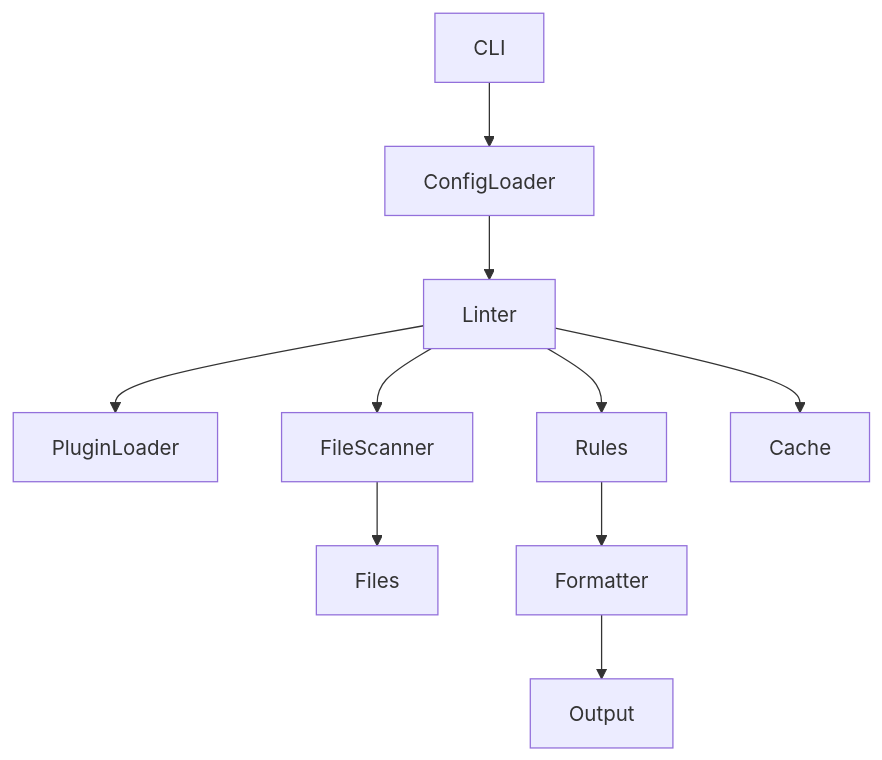
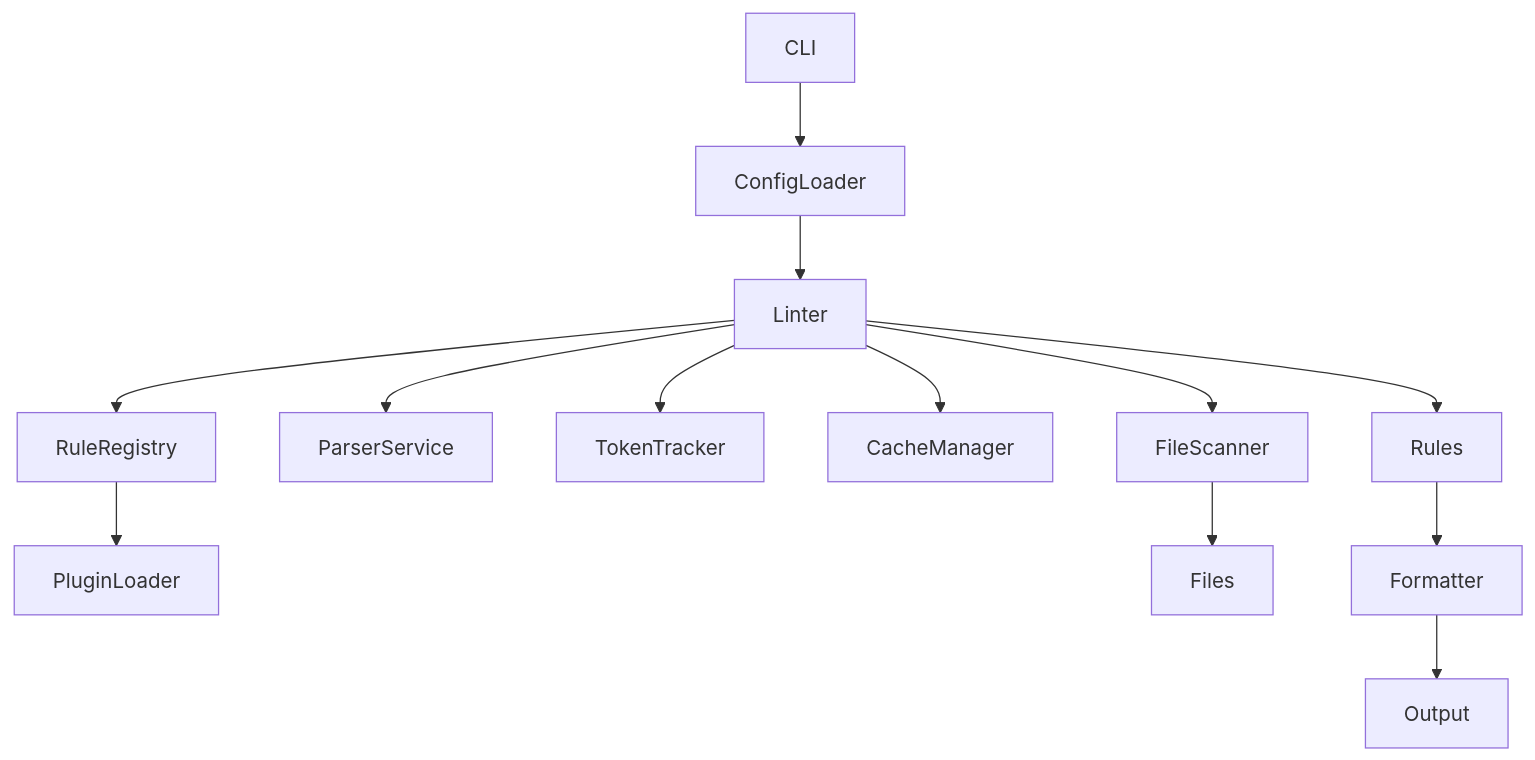
The diagram in docs/architecture.md (bylapidist/design-lint), drawn with Mermaid before and after one commit. The commit also changed other lines of this file and 12 other files, not shown here.

Commit message:
refactor(core): modularize linter architecture (#106)

````diff
--- a/docs/architecture.md
+++ b/docs/architecture.md
@@ -5,12 +5,15 @@
 ```mermaid
 flowchart TD
   CLI[CLI] --> ConfigLoader
   ConfigLoader --> Linter
-  Linter --> PluginLoader
+  Linter --> RuleRegistry
+  Linter --> ParserService
+  Linter --> TokenTracker
+  Linter --> CacheManager
+  RuleRegistry --> PluginLoader
   Linter --> FileScanner
   FileScanner --> Files
   Linter --> Rules
   Rules --> Formatter
-  Linter --> Cache
   Formatter --> Output
 ```
````
